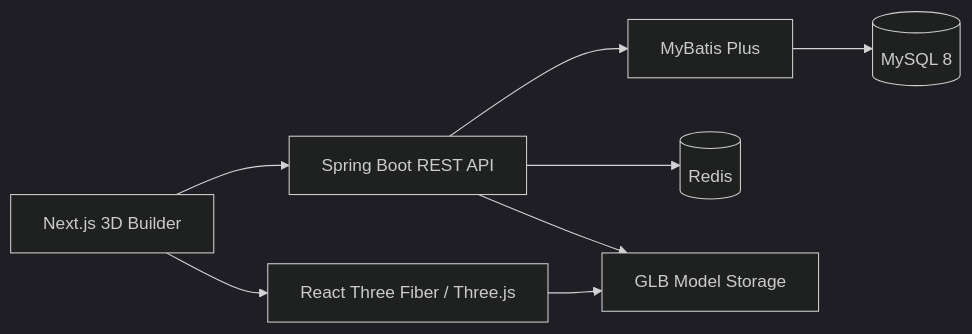
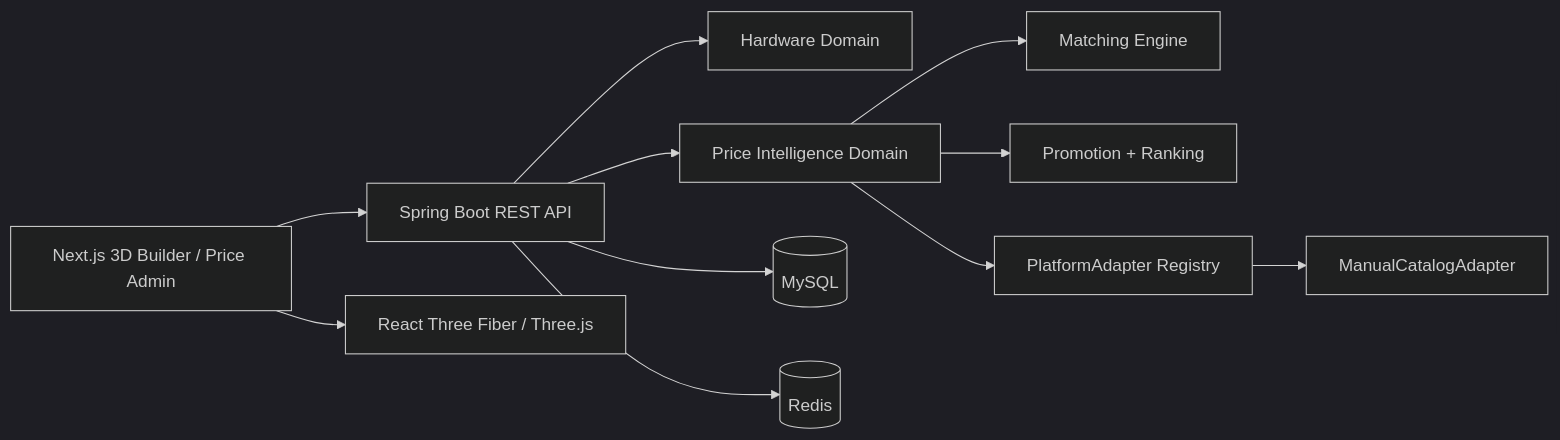
Before and after one commit to TONGTONG7720/computer-3d: the diagram in README.md, drawn with Mermaid (dark theme). The commit also changed other lines of this file and 89 other files, not shown here.

Commit message:
Complete Price Intelligence V1 vertical loop

````diff
--- a/README.md
+++ b/README.md
@@ -21,10 +27,13 @@
 ```mermaid
 flowchart LR
-  UI["Next.js 3D Builder"] --> API["Spring Boot REST API"]
-  API --> MP["MyBatis Plus"]
-  MP --> DB[("MySQL 8")]
+  UI["Next.js 3D Builder / Price Admin"] --> API["Spring Boot REST API"]
+  API --> HW["Hardware Domain"]
+  API --> PRICE["Price Intelligence Domain"]
+  PRICE --> MATCH["Matching Engine"]
+  PRICE --> RANK["Promotion + Ranking"]
+  PRICE --> ADAPTER["PlatformAdapter Registry"]
+  ADAPTER --> MANUAL["ManualCatalogAdapter"]
+  API --> DB[("MySQL")]
   API --> CACHE[("Redis")]
-  API --> FILES["GLB Model Storage"]
   UI --> THREE["React Three Fiber / Three.js"]
-  THREE --> FILES
 ```
````
